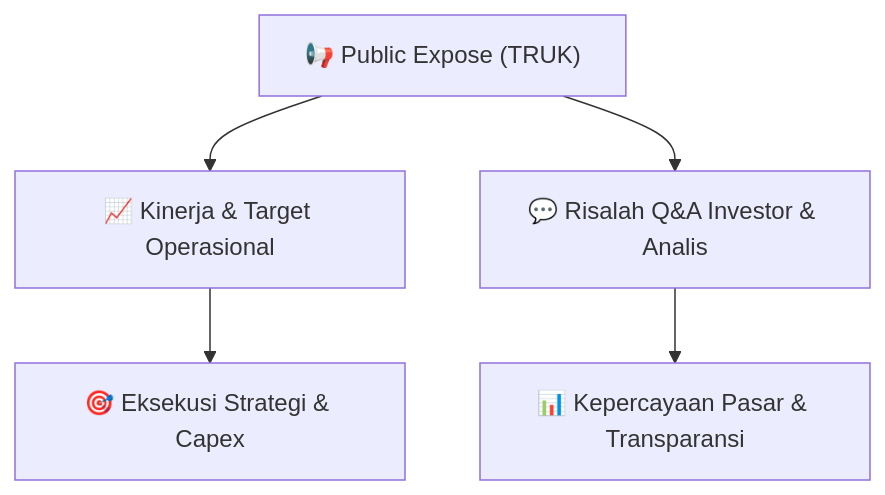
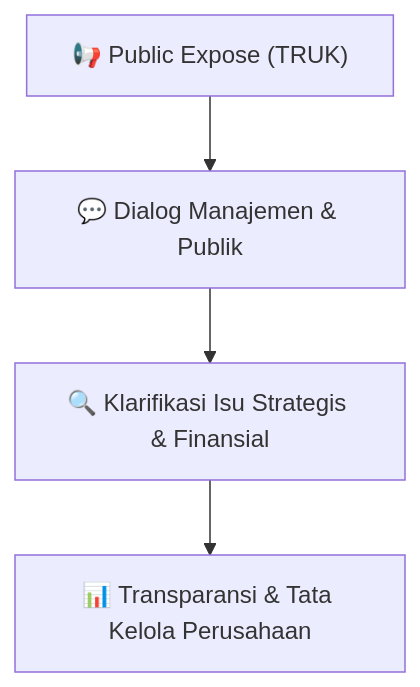
Before and after one commit to anYoneo/alphadigest-idx: the diagram in reports/summaries/public-exposes/hasil-pubex/TRUK_Public_Expose_20260819.md, drawn with Mermaid. The commit also changed other lines of this file and 526 other files, not shown here.

````diff
--- a/reports/summaries/public-exposes/hasil-pubex/TRUK_Public_Expose_20260819.md
+++ b/reports/summaries/public-exposes/hasil-pubex/TRUK_Public_Expose_20260819.md
@@ -60,7 +118,6 @@
 ```mermaid
 flowchart TD
-    A["📢 Public Expose (TRUK)"] --> B["📈 Kinerja & Target Operasional"]
-    A --> C["💬 Risalah Q&A Investor & Analis"]
-    B --> D["🎯 Eksekusi Strategi & Capex"]
-    C --> E["📊 Kepercayaan Pasar & Transparansi"]
+    A["📢 Public Expose (TRUK)"] --> B["💬 Dialog Manajemen & Publik"]
+    B --> C["🔍 Klarifikasi Isu Strategis & Finansial"]
+    C --> D["📊 Transparansi & Tata Kelola Perusahaan"]
 ```
````
